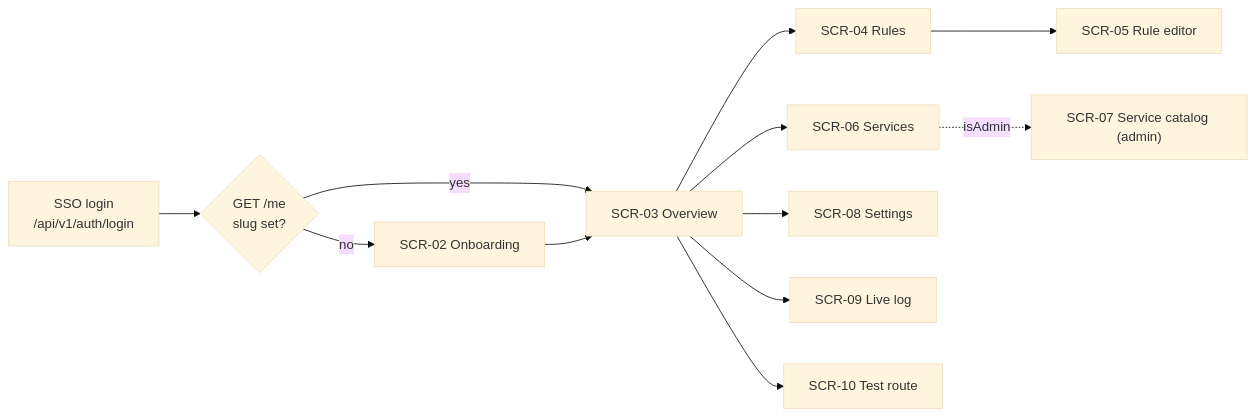
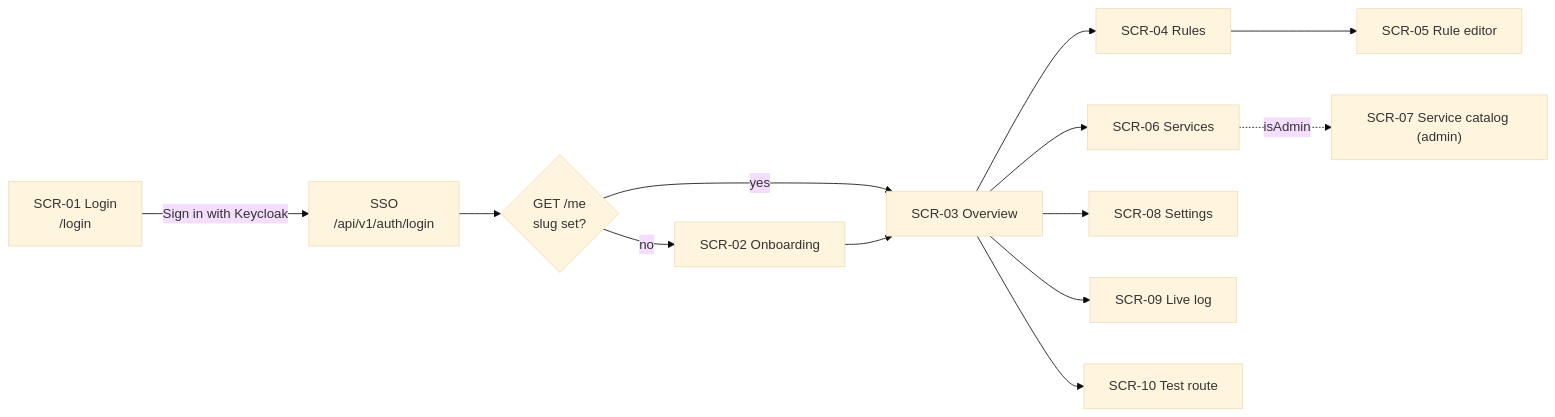
Before and after one commit to modarreszadeh/Mockan: the diagram in Frontend/screens.md, drawn with Mermaid (base theme). The commit also changed other lines of this file and 11 other files, not shown here.

First line of the commit message:
feat(panel): add login page with Keycloak sign-in

````diff
--- a/Frontend/screens.md
+++ b/Frontend/screens.md
@@ -19,13 +19,13 @@
 ```mermaid
 flowchart LR
-    SSO["SSO login<br/>/api/v1/auth/login"] --> ME{"GET /me<br/>slug set?"}
+    LOGIN["SCR-01 Login<br/>/login"] -- "Sign in with Keycloak" --> SSO["SSO<br/>/api/v1/auth/login"] --> ME{"GET /me<br/>slug set?"}
     ME -- no --> ONB["SCR-02 Onboarding"]
     ME -- yes --> OV["SCR-03 Overview"]
     ONB --> OV
     OV --> RL["SCR-04 Rules"] --> RE["SCR-05 Rule editor"]
     OV --> SV["SCR-06 Services"]
     SV -. isAdmin .-> CAT["SCR-07 Service catalog (admin)"]
     OV --> ST["SCR-08 Settings"]
     OV --> LOG["SCR-09 Live log"]
     OV --> TR["SCR-10 Test route"]
 ```
````
